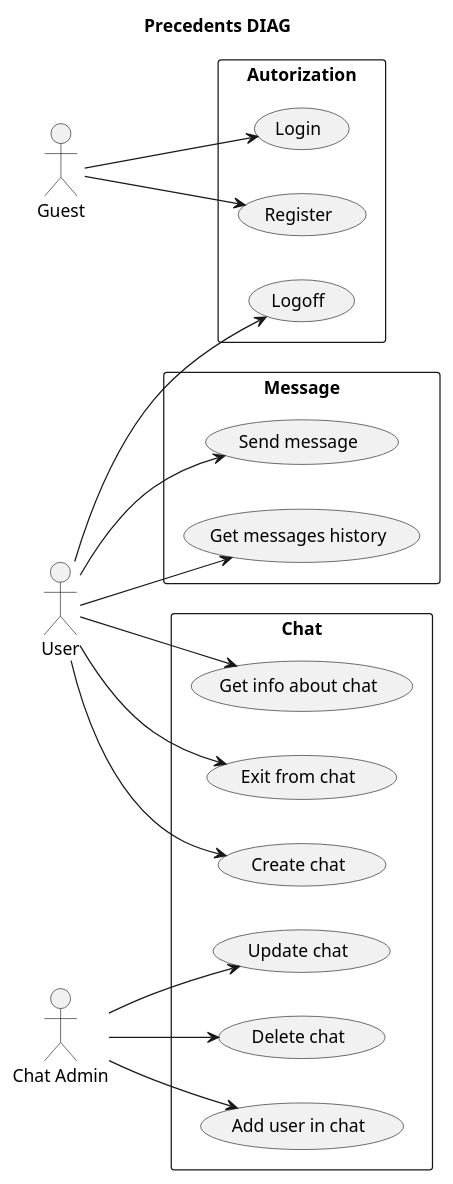
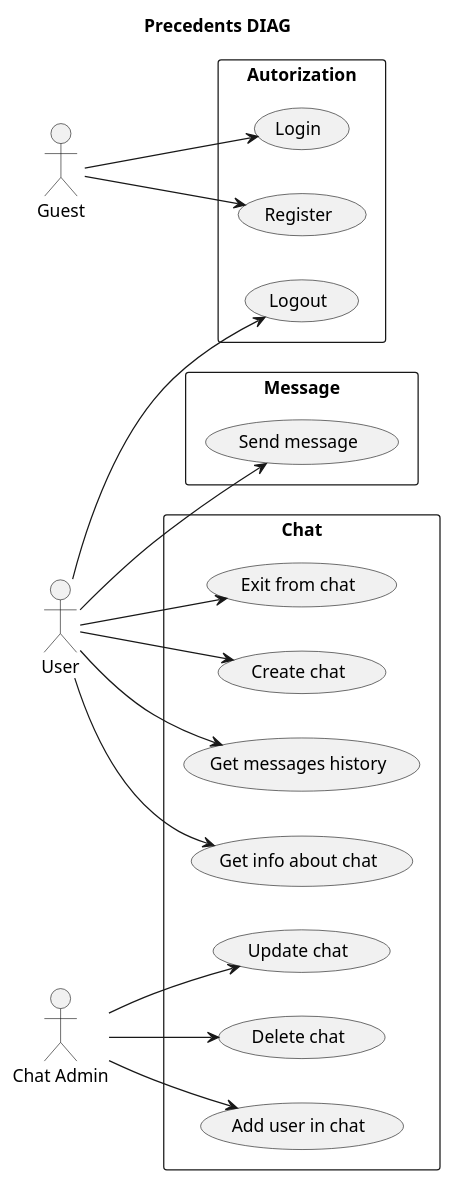
One commit to RewCrew/pet_project_simple_chat changed the diagram in project_for_evraz/docs/user_actions.puml. Above: the diagram before and after it, drawn with PlantUML. The commit also changed 4 other files, not shown here.

```diff
--- a/project_for_evraz/docs/user_actions.puml
+++ b/project_for_evraz/docs/user_actions.puml
@@ -1,48 +1,49 @@
 @startuml
 title Precedents DIAG
 
 :Guest: as guest
 :User: as user
 :Chat Admin: as admin
 
 left to right direction
 
 rectangle "Autorization"{
     usecase "Login" as login
     usecase "Register" as register
-    usecase "Logoff" as logoff
+    usecase "Logout" as logoff
 }
 
 rectangle "Message"{
 (Send message) as send_message
-(Get messages history) as history
+
 }
 
 
 rectangle "Chat"{
 (Get info about chat) as info
 (Exit from chat) as exit
 (Create chat) as cchat
 (Update chat) as uchat
 (Delete chat) as dchat
 (Add user in chat) as auser
+(Get messages history) as history
 }
 
 guest-->login
 guest-->register
 
 
 user --> logoff
 user --> cchat
 user --> info
 user --> send_message
 user --> exit
 user --> history
 
 
 admin --> uchat
 admin --> dchat
 admin --> auser
 
 
 @enduml
```
